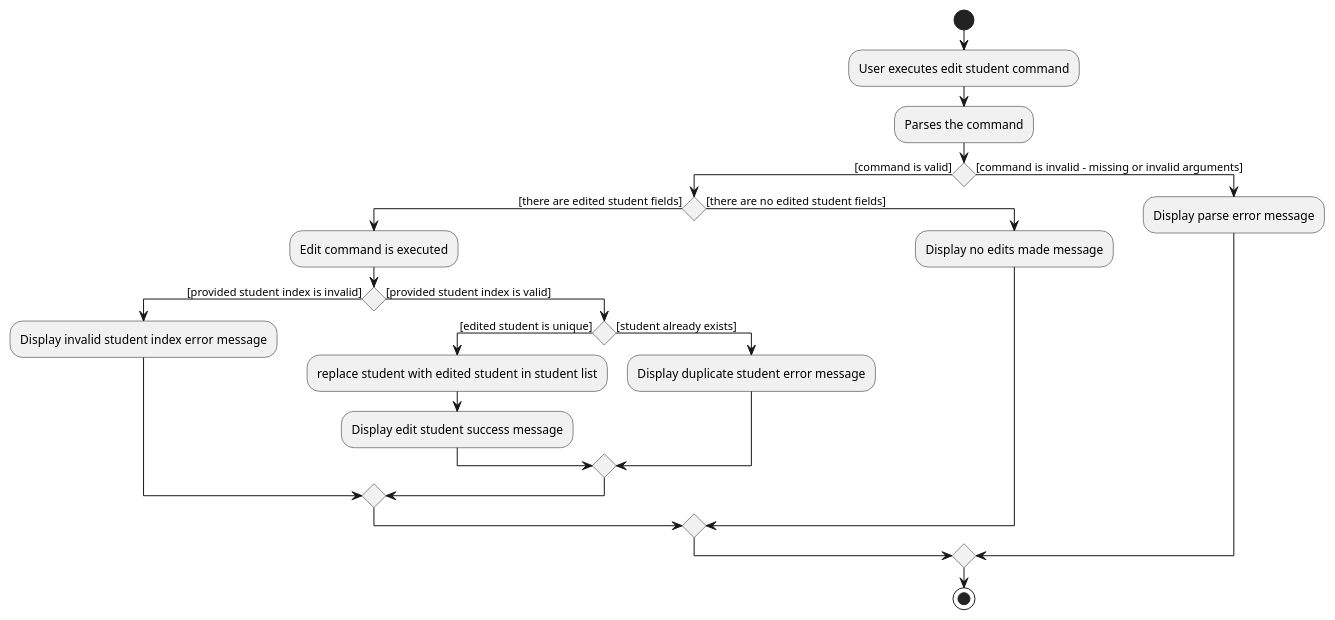
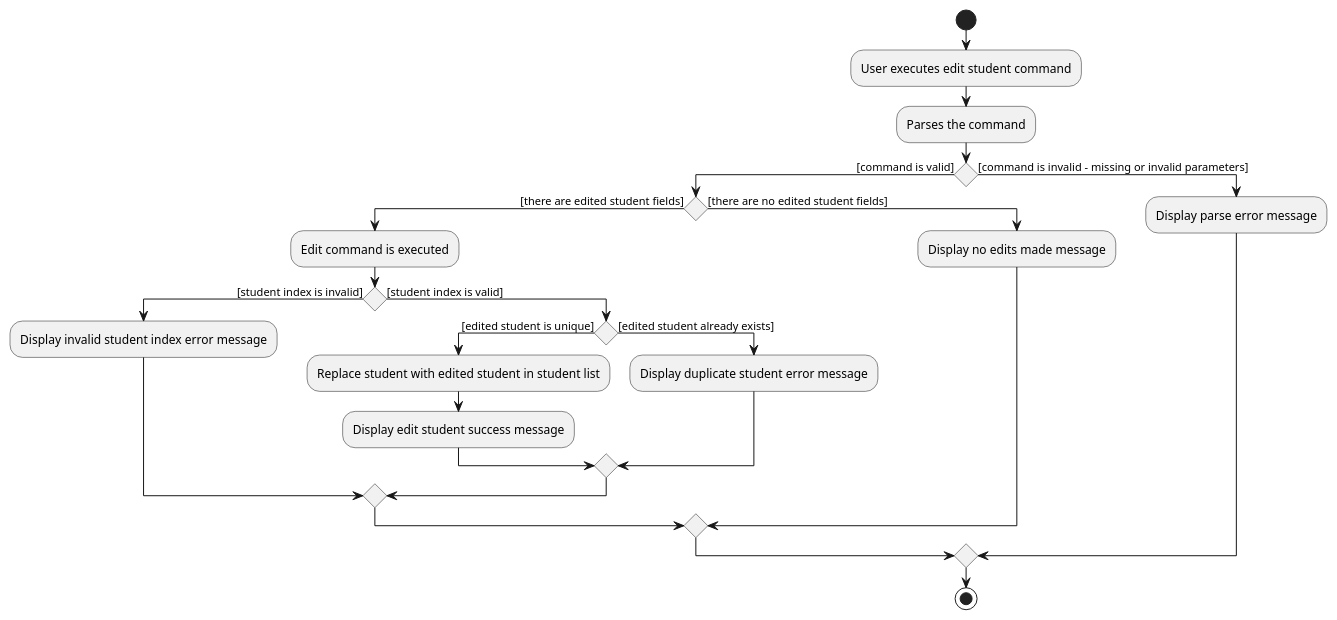
One commit to nus-cs2103-AY2021S1/tp changed the diagram in docs/diagrams/EditStudentActivityDiagram.puml. Above: the diagram before and after it, drawn with PlantUML.

Commit message:
Edit Activity diagram

```diff
--- a/docs/diagrams/EditStudentActivityDiagram.puml
+++ b/docs/diagrams/EditStudentActivityDiagram.puml
@@ -1,25 +1,25 @@
 @startuml
 start
 :User executes edit student command;
 :Parses the command;
 if() then ([command is valid])
     if() then ([there are edited student fields])
     :Edit command is executed;
-        if() then ([provided student index is invalid])
+        if() then ([student index is invalid])
             :Display invalid student index error message;
-        else ([provided student index is valid])
+        else ([student index is valid])
             if() then ([edited student is unique])
-            :replace student with edited student in student list;
+            :Replace student with edited student in student list;
             :Display edit student success message;
-            else ([student already exists])
+            else ([edited student already exists])
             :Display duplicate student error message;
             endif
         endif
     else ([there are no edited student fields])
     :Display no edits made message;
     endif
-else ([command is invalid - missing or invalid arguments])
+else ([command is invalid - missing or invalid parameters])
     :Display parse error message;
 endif
 stop
 @enduml
```
